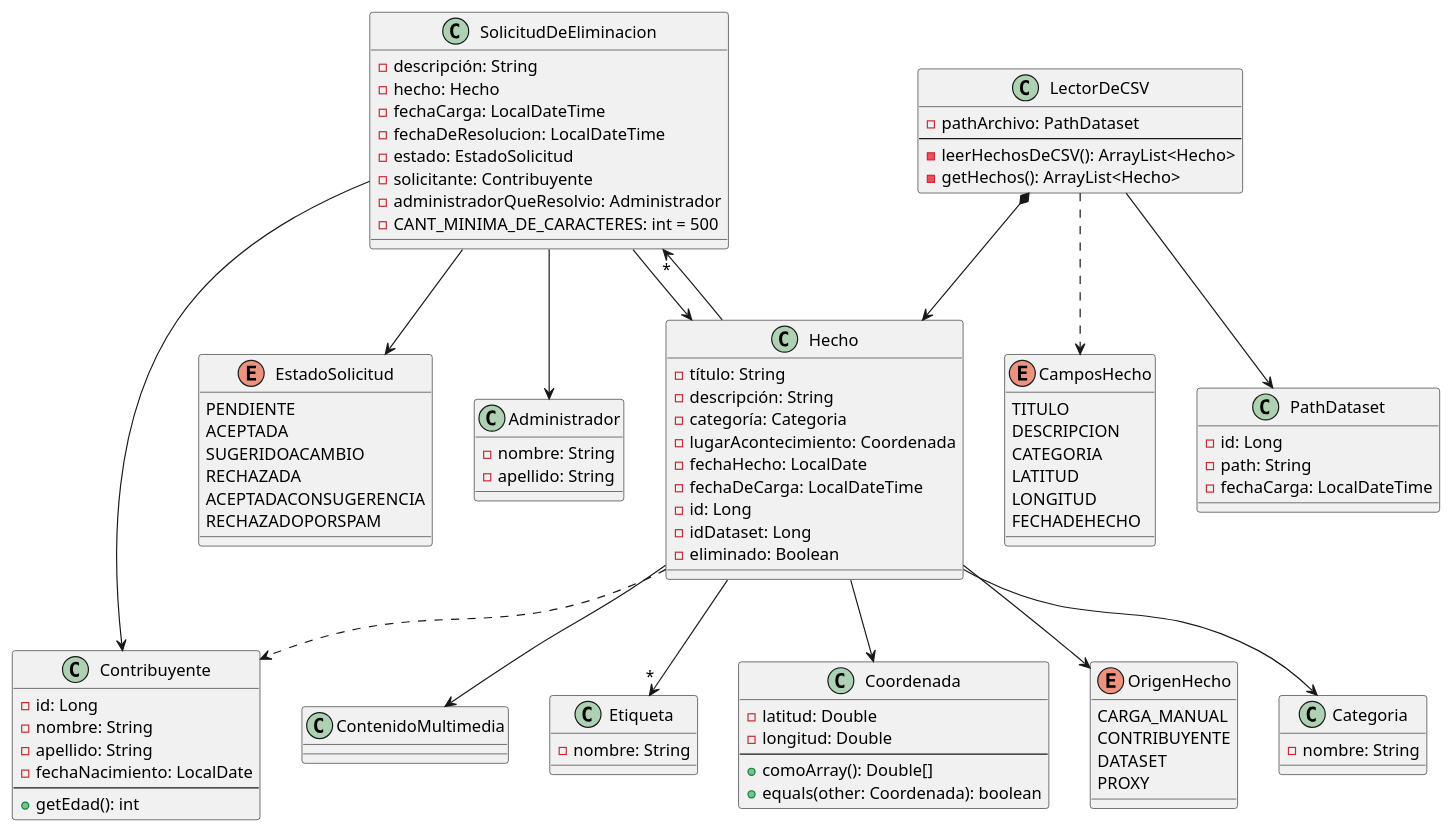
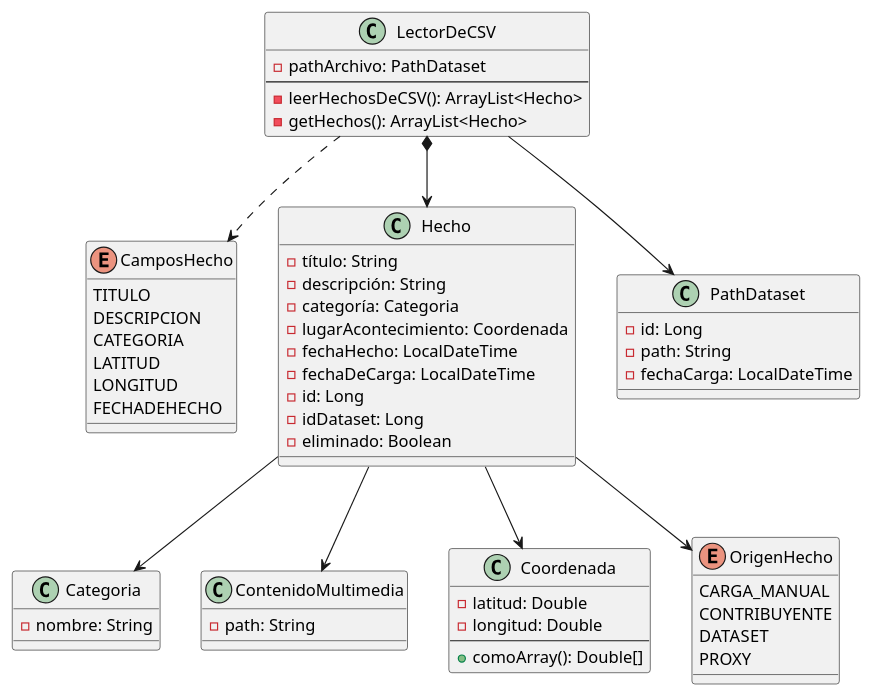
The diagram in fuente-estatica/ddcFuenteEstatica.puml (faustorod1/MetaMapa), drawn with PlantUML before and after one commit. The commit also changed 15 other files, not shown here.

```diff
--- a/fuente-estatica/ddcFuenteEstatica.puml
+++ b/fuente-estatica/ddcFuenteEstatica.puml
@@ -1,117 +1,70 @@
 @startuml
-
-class Administrador{
-- nombre: String
-- apellido: String
-}
 
 enum CamposHecho{
     TITULO
     DESCRIPCION
     CATEGORIA
     LATITUD
     LONGITUD
     FECHADEHECHO
 }
 
-
 class Categoria{
 - nombre: String
 }
 
 class ContenidoMultimedia{
-}
-
-
-enum EstadoSolicitud {
-    PENDIENTE
-    ACEPTADA
-    SUGERIDOACAMBIO
-    RECHAZADA
-    ACEPTADACONSUGERENCIA
-    RECHAZADOPORSPAM
-}
-
-class Etiqueta{
-- nombre: String
+- path: String
 }
 
 class Coordenada{
 - latitud: Double
 - longitud: Double
 --
 + comoArray(): Double[]
-+ equals(other: Coordenada): boolean
 }
 
 class Hecho{
 - título: String
 - descripción: String
 - categoría: Categoria
 - lugarAcontecimiento: Coordenada
-- fechaHecho: LocalDate
+- fechaHecho: LocalDateTime
 - fechaDeCarga: LocalDateTime
 - id: Long
 - idDataset: Long
 - eliminado: Boolean
 }
 
 class LectorDeCSV{
 - pathArchivo: PathDataset
 --
 - leerHechosDeCSV(): ArrayList<Hecho>
 - getHechos(): ArrayList<Hecho>
 }
 
 enum OrigenHecho{
 CARGA_MANUAL
 CONTRIBUYENTE
 DATASET
 PROXY
 }
 
-
-class Contribuyente{
-- id: Long
-- nombre: String
-- apellido: String
-- fechaNacimiento: LocalDate
---
-+ getEdad(): int
-}
-
 class PathDataset{
 - id: Long
 - path: String
 - fechaCarga: LocalDateTime
 }
 
-class SolicitudDeEliminacion{
-- descripción: String
-- hecho: Hecho
-- fechaCarga: LocalDateTime
-- fechaDeResolucion: LocalDateTime
-- estado: EstadoSolicitud
-- solicitante: Contribuyente
-- administradorQueResolvio: Administrador
-- CANT_MINIMA_DE_CARACTERES: int = 500
-}
 
 Hecho --> Categoria
 Hecho --> ContenidoMultimedia
 Hecho --> OrigenHecho
 Hecho --> Coordenada
-Hecho -->"*" SolicitudDeEliminacion
-Hecho -->"*" Etiqueta
-Hecho ..> Contribuyente
 
 LectorDeCSV *--> Hecho
 LectorDeCSV ..> CamposHecho
 LectorDeCSV --> PathDataset
 
-SolicitudDeEliminacion --> Hecho
-SolicitudDeEliminacion --> EstadoSolicitud
-SolicitudDeEliminacion --> Contribuyente
-SolicitudDeEliminacion --> Administrador
 
 @enduml
```
